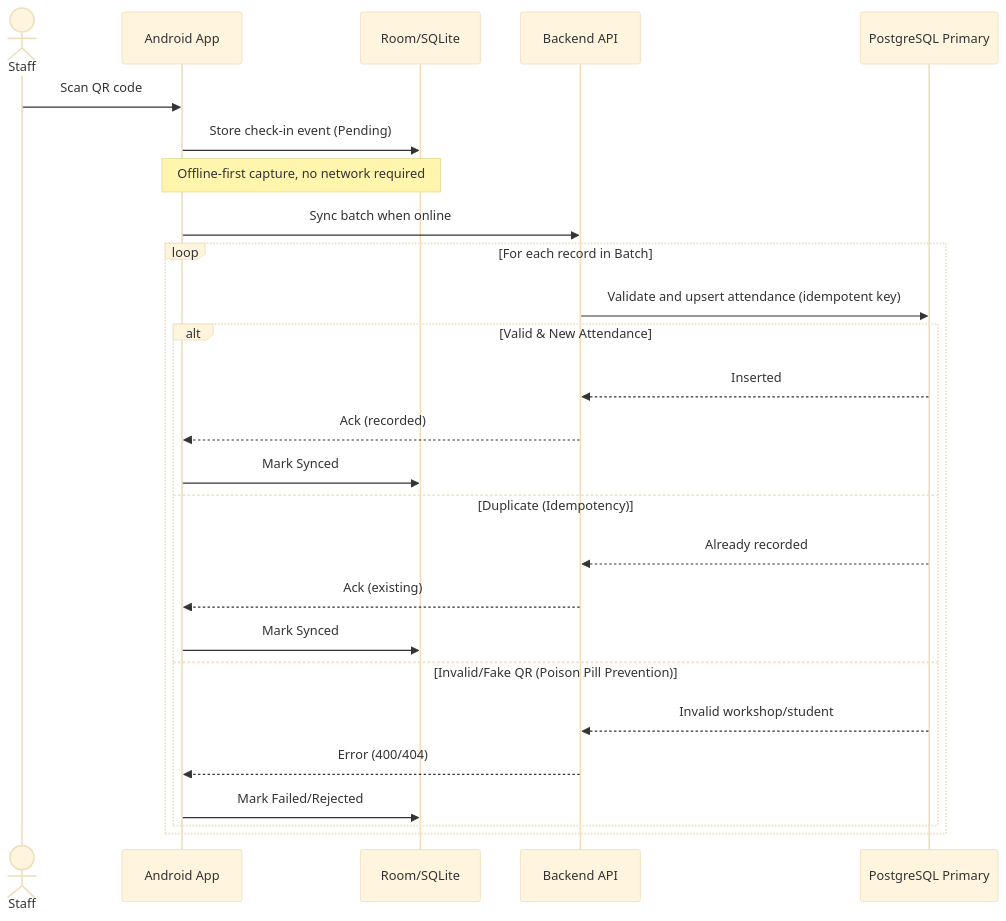
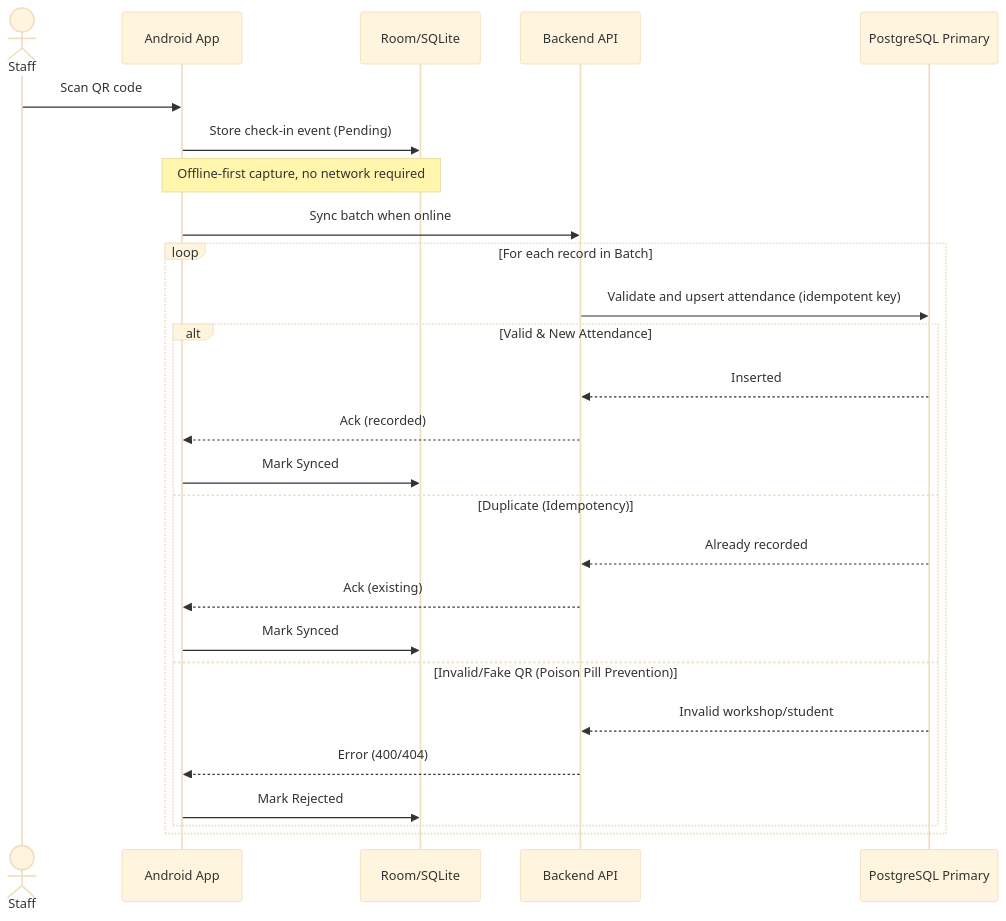
Before and after one commit to phatnguyen975/unihub-workshop: the second of 15 diagrams in blueprint/design.md, drawn with Mermaid (base theme). The commit also changed other lines of this file and 6 other files, not shown here.

Commit message:
docs: update specs and database schema for workshops

````diff
--- a/blueprint/design.md
+++ b/blueprint/design.md
@@ -190,30 +190,30 @@
 ```mermaid
 sequenceDiagram
   actor Staff
   participant Mobile as Android App
   participant Local as Room/SQLite
   participant API as Backend API
   participant DB as PostgreSQL Primary
 
   Staff->>Mobile: Scan QR code
   Mobile->>Local: Store check-in event (Pending)
   Note over Mobile,Local: Offline-first capture, no network required
 
   Mobile->>API: Sync batch when online
   loop For each record in Batch
     API->>DB: Validate and upsert attendance (idempotent key)
     alt Valid & New Attendance
       DB-->>API: Inserted
       API-->>Mobile: Ack (recorded)
       Mobile->>Local: Mark Synced
     else Duplicate (Idempotency)
       DB-->>API: Already recorded
       API-->>Mobile: Ack (existing)
       Mobile->>Local: Mark Synced
     else Invalid/Fake QR (Poison Pill Prevention)
       DB-->>API: Invalid workshop/student
       API-->>Mobile: Error (400/404)
-      Mobile->>Local: Mark Failed/Rejected
+      Mobile->>Local: Mark Rejected
     end
   end
 ```
````
